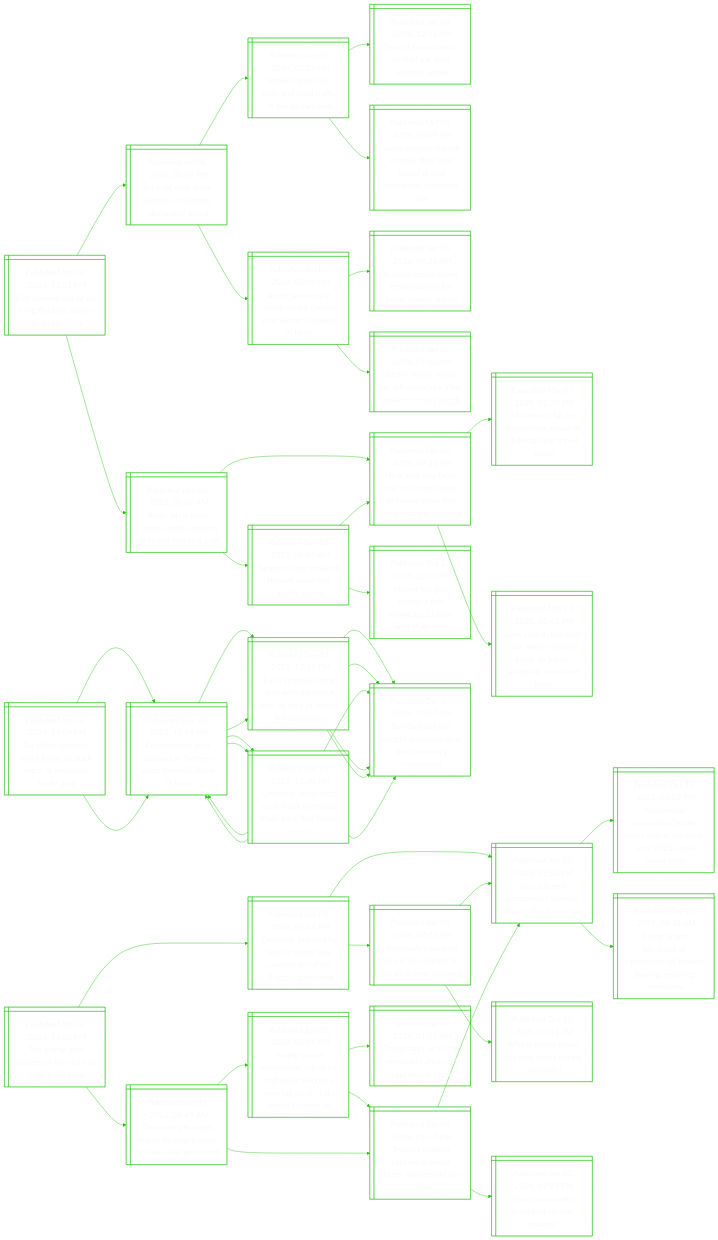
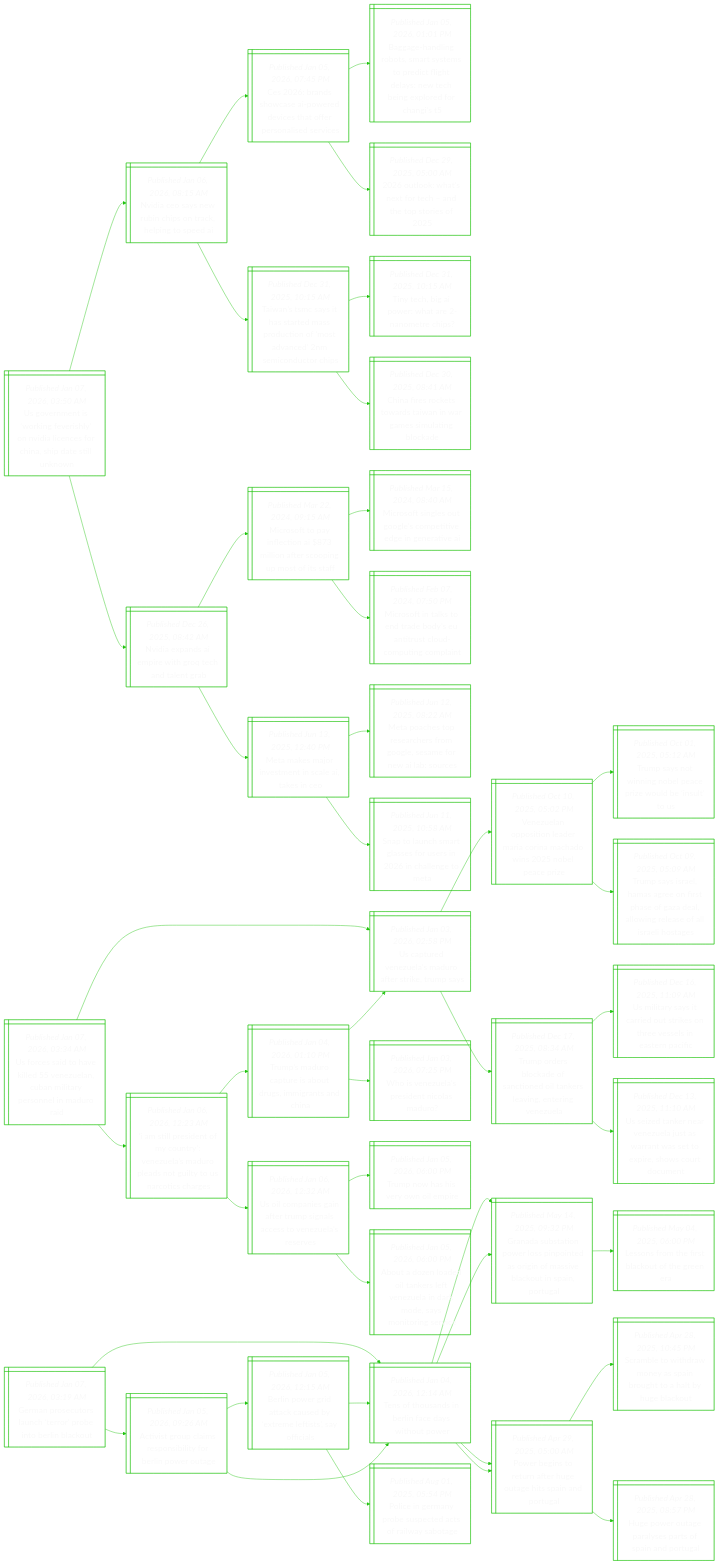
The diagram in README.md (notJmes/notJmes), drawn with Mermaid before and after one commit. The commit also changed other lines of this file, not shown here.

````diff
--- a/README.md
+++ b/README.md
@@ -16,142 +16,139 @@
 flowchart LR
 classDef txtsize font-size:20px;
 
-Knodnipssa@{ shape: win-pane, label: "_Published Jan 06, 2026, 11:21 PM_
-Klm running out of de-icing fluid for planes in amsterdam" }
-IlpshEeuge@{ shape: win-pane, label: "_Published Jan 06, 2026, 08:50 PM_
-Icy cold snap grips swathes of europe, disrupting travel" }
-Sretaafnel@{ shape: win-pane, label: "_Published Jan 05, 2026, 07:25 PM_
-Snow cripples air, train and road traffic in the netherlands" }
-Tfsilcsow@{ shape: win-pane, label: "_Published Jan 04, 2026, 12:14 AM_
-Tens of thousands in berlin face days without power" }
-Sgerhyrtfntsts@{ shape: win-pane, label: "_Published Oct 01, 2025, 03:09 PM_
-Swiss glaciers shrank sharply after light snowfall and heatwave, scientists say" }
-AsrrtcsiboBn@{ shape: win-pane, label: "_Published Jan 06, 2026, 03:56 PM_
-Anger simmers as arson attack causes mid-winter blackout in berlin" }
-Aioaesiriea@{ shape: win-pane, label: "_Published Jan 05, 2026, 09:26 AM_
-Activist group claims responsibility for berlin power outage" }
-Bnrsfrreett@{ shape: win-pane, label: "_Published Jan 06, 2026, 01:50 AM_
-Berlin mayor warns on infrastructure after power station attack" }
-ActsrrsUuec@{ shape: win-pane, label: "_Published Dec 06, 2025, 08:00 AM_
-Arctic blast grips central, north-eastern us in sub-freezing cold" }
-NrysoleavwutEn@{ shape: win-pane, label: "_Published Dec 02, 2025, 09:22 PM_
-New york city faces risk of airline delays as heavy snow hits upstate, new england" }
-Uphdpsdaitl@{ shape: win-pane, label: "_Published Nov 27, 2025, 01:30 PM_
-Us airports hit by disruptions ahead of thanksgiving travel boom" }
-Lotlrehuoogene@{ shape: win-pane, label: "_Published Nov 13, 2025, 02:45 PM_
-Look cool in the cold: your winter fashion guide to tokyo, shanghai, seoul and more" }
-Snswtsltio@{ shape: win-pane, label: "_Published Dec 05, 2025, 08:00 AM_
-Season’s first snowfall throws seoul into traffic chaos" }
-MFeafsasru@{ shape: win-pane, label: "_Published Oct 23, 2025, 12:00 PM_
-Mount fuji gets season’s first snowcap, 21 days later than usual" }
-NrysoleavwutEn@{ shape: win-pane, label: "_Published Dec 02, 2025, 09:22 PM_
-New york city faces risk of airline delays as heavy snow hits upstate, new england" }
+UenogryiieCsaik@{ shape: win-pane, label: "_Published Jan 07, 2026, 03:50 AM_
+Us government is ‘working feverishly’ on nvidia licences for china, ship date still unknown" }
+Naawnsalte@{ shape: win-pane, label: "_Published Jan 06, 2026, 08:15 AM_
+Nvidia ceo says new rubin chips on track, helping to speed ai" }
+Cahsodcaesiee@{ shape: win-pane, label: "_Published Jan 05, 2026, 07:45 PM_
+Ces 2026: brands showcase ai-powered devices that offer personalised services" }
+Bgdrstepcglehgoon@{ shape: win-pane, label: "_Published Jan 05, 2026, 01:01 PM_
+Baggage-handling robots, smart systems to predict flight delays: new tech being explored for changi’s t5" }
+Oottedorf@{ shape: win-pane, label: "_Published Dec 29, 2025, 05:00 AM_
+2026 outlook: what’s next for tech – and the top stories of 2025" }
+TnCisesunsaniuc@{ shape: win-pane, label: "_Published Dec 31, 2025, 10:15 AM_
+Taiwan’s tsmc says it has started mass production of ‘most advanced’ 2nm semiconductor chips" }
+Tegwaneh@{ shape: win-pane, label: "_Published Dec 31, 2025, 10:15 AM_
+Tiny tech, big ai power: what are 2-nanometre chips?" }
+Cfrtaaigsaba@{ shape: win-pane, label: "_Published Dec 30, 2025, 08:41 AM_
+China fires rockets towards taiwan in war games simulating blockade" }
+NaneeGednb@{ shape: win-pane, label: "_Published Dec 26, 2025, 08:42 AM_
+Nvidia expands ai empire with groq tech and talent grab" }
+MsontIitogstf@{ shape: win-pane, label: "_Published Mar 22, 2024, 09:15 AM_
+Microsoft to pay inflection ai $873 million after scooping up most of its staff" }
+Msisoseveni@{ shape: win-pane, label: "_Published Mar 15, 2024, 08:40 AM_
+Microsoft singles out google’s competitive edge in generative ai" }
+Msnsdestsupgl@{ shape: win-pane, label: "_Published Feb 07, 2024, 07:50 PM_
+Microsoft in talks to end trade body’s eu antitrust cloud-computing complaint" }
+MaanmnekC@{ shape: win-pane, label: "_Published Jun 13, 2025, 12:40 PM_
+Meta makes major investment in scale ai, takes in ceo" }
+MosecfoSeear@{ shape: win-pane, label: "_Published Jun 12, 2025, 08:22 AM_
+Meta poaches top researchers from google, sesame for new ai lab: sources" }
+Socrsornlta@{ shape: win-pane, label: "_Published Jun 11, 2025, 10:58 AM_
+Snap to launch smart glasses for users in 2026 in challenge to meta" }
 
-Knodnipssa:::txtsize --> IlpshEeuge:::txtsize
-IlpshEeuge:::txtsize --> Sretaafnel:::txtsize
-Sretaafnel:::txtsize --> Tfsilcsow:::txtsize
-Sretaafnel:::txtsize --> Sgerhyrtfntsts:::txtsize
-IlpshEeuge:::txtsize --> AsrrtcsiboBn:::txtsize
-AsrrtcsiboBn:::txtsize --> Aioaesiriea:::txtsize
-AsrrtcsiboBn:::txtsize --> Bnrsfrreett:::txtsize
-Knodnipssa:::txtsize --> ActsrrsUuec:::txtsize
-ActsrrsUuec:::txtsize --> NrysoleavwutEn:::txtsize
-NrysoleavwutEn:::txtsize --> Uphdpsdaitl:::txtsize
-NrysoleavwutEn:::txtsize --> Lotlrehuoogene:::txtsize
-ActsrrsUuec:::txtsize --> Snswtsltio:::txtsize
-Snswtsltio:::txtsize --> MFeafsasru:::txtsize
-Snswtsltio:::txtsize --> NrysoleavwutEn:::txtsize
+UenogryiieCsaik:::txtsize --> Naawnsalte:::txtsize
+Naawnsalte:::txtsize --> Cahsodcaesiee:::txtsize
+Cahsodcaesiee:::txtsize --> Bgdrstepcglehgoon:::txtsize
+Cahsodcaesiee:::txtsize --> Oottedorf:::txtsize
+Naawnsalte:::txtsize --> TnCisesunsaniuc:::txtsize
+TnCisesunsaniuc:::txtsize --> Tegwaneh:::txtsize
+TnCisesunsaniuc:::txtsize --> Cfrtaaigsaba:::txtsize
+UenogryiieCsaik:::txtsize --> NaneeGednb:::txtsize
+NaneeGednb:::txtsize --> MsontIitogstf:::txtsize
+MsontIitogstf:::txtsize --> Msisoseveni:::txtsize
+MsontIitogstf:::txtsize --> Msnsdestsupgl:::txtsize
+NaneeGednb:::txtsize --> MaanmnekC:::txtsize
+MaanmnekC:::txtsize --> MosecfoSeear:::txtsize
+MaanmnekC:::txtsize --> Socrsornlta:::txtsize
 
-Eereftleeudl@{ shape: win-pane, label: "_Published Jan 06, 2026, 11:06 PM_
-Eu offers farmers extra funds to quell anger at mercosur trade deal" }
-EcdedrsBeoo@{ shape: win-pane, label: "_Published Dec 18, 2025, 10:56 PM_
-Eu-mercosur deal delayed as farmers stage brussels show of force" }
-Ereeweuccrlpi@{ shape: win-pane, label: "_Published Sep 03, 2025, 12:19 PM_
-Eu to propose trade deal with mercosur bloc, in face of france-led opposition" }
-EcoueulMnen@{ shape: win-pane, label: "_Published Dec 06, 2024, 10:07 PM_
-Eu reaches long-sought mercosur deal over macron’s objections" }
-EcoueulMnen@{ shape: win-pane, label: "_Published Dec 06, 2024, 10:07 PM_
-Eu reaches long-sought mercosur deal over macron’s objections" }
-Gniebeudtrrt@{ shape: win-pane, label: "_Published Dec 18, 2025, 11:20 PM_
-Germany, spain urge eu to back mercosur trade pact, but france resists" }
-EcdedrsBeoo@{ shape: win-pane, label: "_Published Dec 18, 2025, 10:56 PM_
-Eu-mercosur deal delayed as farmers stage brussels show of force" }
-EcoueulMnen@{ shape: win-pane, label: "_Published Dec 06, 2024, 10:07 PM_
-Eu reaches long-sought mercosur deal over macron’s objections" }
-EcdedrsBeoo@{ shape: win-pane, label: "_Published Dec 18, 2025, 10:56 PM_
-Eu-mercosur deal delayed as farmers stage brussels show of force" }
-Ereeweuccrlpi@{ shape: win-pane, label: "_Published Sep 03, 2025, 12:19 PM_
-Eu to propose trade deal with mercosur bloc, in face of france-led opposition" }
-EcoueulMnen@{ shape: win-pane, label: "_Published Dec 06, 2024, 10:07 PM_
-Eu reaches long-sought mercosur deal over macron’s objections" }
-EcoueulMnen@{ shape: win-pane, label: "_Published Dec 06, 2024, 10:07 PM_
-Eu reaches long-sought mercosur deal over macron’s objections" }
-Gniebeudtrrt@{ shape: win-pane, label: "_Published Dec 18, 2025, 11:20 PM_
-Germany, spain urge eu to back mercosur trade pact, but france resists" }
-EcdedrsBeoo@{ shape: win-pane, label: "_Published Dec 18, 2025, 10:56 PM_
-Eu-mercosur deal delayed as farmers stage brussels show of force" }
-EcoueulMnen@{ shape: win-pane, label: "_Published Dec 06, 2024, 10:07 PM_
-Eu reaches long-sought mercosur deal over macron’s objections" }
-
-Eereftleeudl:::txtsize --> EcdedrsBeoo:::txtsize
-EcdedrsBeoo:::txtsize --> Ereeweuccrlpi:::txtsize
-Ereeweuccrlpi:::txtsize --> EcoueulMnen:::txtsize
-Ereeweuccrlpi:::txtsize --> EcoueulMnen:::txtsize
-EcdedrsBeoo:::txtsize --> Gniebeudtrrt:::txtsize
-Gniebeudtrrt:::txtsize --> EcdedrsBeoo:::txtsize
-Gniebeudtrrt:::txtsize --> EcoueulMnen:::txtsize
-Eereftleeudl:::txtsize --> EcdedrsBeoo:::txtsize
-EcdedrsBeoo:::txtsize --> Ereeweuccrlpi:::txtsize
-Ereeweuccrlpi:::txtsize --> EcoueulMnen:::txtsize
-Ereeweuccrlpi:::txtsize --> EcoueulMnen:::txtsize
-EcdedrsBeoo:::txtsize --> Gniebeudtrrt:::txtsize
-Gniebeudtrrt:::txtsize --> EcdedrsBeoo:::txtsize
-Gniebeudtrrt:::txtsize --> EcoueulMnen:::txtsize
-
-TudeSioGl@{ shape: win-pane, label: "_Published Jan 06, 2026, 11:05 PM_
-Top trump aide asserts us has right to take greenland" }
-DridfrispUgra@{ shape: win-pane, label: "_Published Jan 04, 2026, 09:44 PM_
-Denmark irritated by wife of trump aide posting pic of us-flagged greenland" }
+Ucialeeuirslda@{ shape: win-pane, label: "_Published Jan 07, 2026, 03:34 AM_
+Us forces said to have killed 55 venezuelan, cuban military personnel in maduro raid" }
 UtVuMorkms@{ shape: win-pane, label: "_Published Jan 03, 2026, 02:58 PM_
 Us captured venezuela’s maduro after strike, trump says" }
 Vuoilranhibai@{ shape: win-pane, label: "_Published Oct 10, 2025, 05:02 PM_
 Venezuelan opposition leader maria corina machado wins 2025 nobel peace prize" }
+TsonoeroelS@{ shape: win-pane, label: "_Published Oct 01, 2025, 05:12 AM_
+Trump says not winning nobel peace prize would be ‘insult’ to us" }
+TssHaossaaorslaoe@{ shape: win-pane, label: "_Published Oct 09, 2025, 05:09 AM_
+Trump says israel, hamas agree on first phase of gaza deal, allowing release of all israeli hostages" }
 Toskftdasitgz@{ shape: win-pane, label: "_Published Dec 17, 2025, 08:34 AM_
 Trump orders blockade of sanctioned oil tankers leaving, entering venezuela" }
-VuMoiuyytdn@{ shape: win-pane, label: "_Published Jan 04, 2026, 07:03 PM_
-Venezuela’s maduro sits in us custody as loyalists vow defiance" }
-UtVuMorkms@{ shape: win-pane, label: "_Published Jan 03, 2026, 02:58 PM_
-Us captured venezuela’s maduro after strike, trump says" }
-WNPlarrao@{ shape: win-pane, label: "_Published Oct 10, 2025, 06:18 PM_
-Who is nobel peace laureate maria corina machado?" }
-Drrrottaeed@{ shape: win-pane, label: "_Published Jan 05, 2026, 04:45 AM_
-Denmark pm urges trump to stop threats to take over greenland" }
-TwVuVcrzpegeenpe@{ shape: win-pane, label: "_Published Jan 05, 2026, 02:15 AM_
-Trump warns venezuelan v-p delcy rodriguez will pay a ‘very big price’ if she doesn’t cooperate" }
-Tsrtstsgsh@{ shape: win-pane, label: "_Published Jan 04, 2026, 01:10 PM_
-Trump’s maduro capture is about drugs, immigrants and china" }
-TsSnzaraeu@{ shape: win-pane, label: "_Published Jan 04, 2026, 01:05 AM_
-Trump says us to run venezuela after raid captures maduro" }
+Uistitktvlanf@{ shape: win-pane, label: "_Published Dec 16, 2025, 11:09 AM_
+Us military says it carried out strikes on three vessels in eastern pacific" }
+Uznenltrwtphoon@{ shape: win-pane, label: "_Published Dec 13, 2025, 11:10 AM_
+Us seized tanker near venezuela just as warrant was set to expire, shows court document" }
+Iienytnldlniorcr@{ shape: win-pane, label: "_Published Jan 06, 2026, 12:23 AM_
+‘i am still president of my country’: venezuela’s maduro pleads not guilty to us narcotics charges" }
 Tsrtstsgsh@{ shape: win-pane, label: "_Published Jan 04, 2026, 01:10 PM_
 Trump’s maduro capture is about drugs, immigrants and china" }
 UtVuMorkms@{ shape: win-pane, label: "_Published Jan 03, 2026, 02:58 PM_
 Us captured venezuela’s maduro after strike, trump says" }
 WVuPdisr@{ shape: win-pane, label: "_Published Jan 03, 2026, 07:25 PM_
 Who is venezuela’s president nicolas maduro?" }
+Ucnatugasnlss@{ shape: win-pane, label: "_Published Jan 06, 2026, 12:32 AM_
+Us oil companies gain after trump signals access to venezuela’s reserves" }
+Tnsenm@{ shape: win-pane, label: "_Published Jan 05, 2026, 06:00 PM_
+Trump now has his very own oil empire" }
+Aanetrtziksoree@{ shape: win-pane, label: "_Published Jan 05, 2026, 06:00 PM_
+About a dozen loaded oil tankers left venezuela in dark mode, says monitoring service" }
 
-TudeSioGl:::txtsize --> DridfrispUgra:::txtsize
-DridfrispUgra:::txtsize --> UtVuMorkms:::txtsize
+Ucialeeuirslda:::txtsize --> UtVuMorkms:::txtsize
 UtVuMorkms:::txtsize --> Vuoilranhibai:::txtsize
+Vuoilranhibai:::txtsize --> TsonoeroelS:::txtsize
+Vuoilranhibai:::txtsize --> TssHaossaaorslaoe:::txtsize
 UtVuMorkms:::txtsize --> Toskftdasitgz:::txtsize
-DridfrispUgra:::txtsize --> VuMoiuyytdn:::txtsize
-VuMoiuyytdn:::txtsize --> UtVuMorkms:::txtsize
-VuMoiuyytdn:::txtsize --> WNPlarrao:::txtsize
-TudeSioGl:::txtsize --> Drrrottaeed:::txtsize
-Drrrottaeed:::txtsize --> TwVuVcrzpegeenpe:::txtsize
-TwVuVcrzpegeenpe:::txtsize --> Tsrtstsgsh:::txtsize
-TwVuVcrzpegeenpe:::txtsize --> TsSnzaraeu:::txtsize
-Drrrottaeed:::txtsize --> Tsrtstsgsh:::txtsize
+Toskftdasitgz:::txtsize --> Uistitktvlanf:::txtsize
+Toskftdasitgz:::txtsize --> Uznenltrwtphoon:::txtsize
+Ucialeeuirslda:::txtsize --> Iienytnldlniorcr:::txtsize
+Iienytnldlniorcr:::txtsize --> Tsrtstsgsh:::txtsize
 Tsrtstsgsh:::txtsize --> UtVuMorkms:::txtsize
 Tsrtstsgsh:::txtsize --> WVuPdisr:::txtsize
+Iienytnldlniorcr:::txtsize --> Ucnatugasnlss:::txtsize
+Ucnatugasnlss:::txtsize --> Tnsenm:::txtsize
+Ucnatugasnlss:::txtsize --> Aanetrtziksoree:::txtsize
+
+Gnernrrnrlu@{ shape: win-pane, label: "_Published Jan 07, 2026, 03:19 AM_
+German prosecutors launch ‘terror’ probe into berlin blackout" }
+Tfsilcsow@{ shape: win-pane, label: "_Published Jan 04, 2026, 12:14 AM_
+Tens of thousands in berlin face days without power" }
+Gdsoesodifiatarl@{ shape: win-pane, label: "_Published May 14, 2025, 09:32 PM_
+Granada substation power loss pinpointed as origin of massive blackout in spain, portugal" }
+Lnmiluhe@{ shape: win-pane, label: "_Published May 04, 2025, 06:00 PM_
+Lessons from the first blackout of the green era" }
+Pbstfutiadu@{ shape: win-pane, label: "_Published Apr 29, 2025, 05:00 AM_
+Power begins to return after huge outage hits spain and portugal" }
+SbwrnSbhhybo@{ shape: win-pane, label: "_Published Apr 28, 2025, 10:45 PM_
+Scramble to withdraw money as spain brought to a halt by huge blackout" }
+Houpyafnoa@{ shape: win-pane, label: "_Published Apr 28, 2025, 08:57 PM_
+Huge power outage paralyses parts of spain and portugal" }
+Aioaesiriea@{ shape: win-pane, label: "_Published Jan 05, 2026, 09:26 AM_
+Activist group claims responsibility for berlin power outage" }
+Bnrakexeiais@{ shape: win-pane, label: "_Published Jan 05, 2026, 12:15 AM_
+Berlin power grid attack caused by ‘extreme leftists’, say officials" }
+Tfsilcsow@{ shape: win-pane, label: "_Published Jan 04, 2026, 12:14 AM_
+Tens of thousands in berlin face days without power" }
+Perpsccrao@{ shape: win-pane, label: "_Published Aug 01, 2025, 05:54 PM_
+Police in germany probe suspected acts of railway sabotage" }
+Tfsilcsow@{ shape: win-pane, label: "_Published Jan 04, 2026, 12:14 AM_
+Tens of thousands in berlin face days without power" }
+Gdsoesodifiatarl@{ shape: win-pane, label: "_Published May 14, 2025, 09:32 PM_
+Granada substation power loss pinpointed as origin of massive blackout in spain, portugal" }
+Pbstfutiadu@{ shape: win-pane, label: "_Published Apr 29, 2025, 05:00 AM_
+Power begins to return after huge outage hits spain and portugal" }
+
+Gnernrrnrlu:::txtsize --> Tfsilcsow:::txtsize
+Tfsilcsow:::txtsize --> Gdsoesodifiatarl:::txtsize
+Gdsoesodifiatarl:::txtsize --> Lnmiluhe:::txtsize
+Tfsilcsow:::txtsize --> Pbstfutiadu:::txtsize
+Pbstfutiadu:::txtsize --> SbwrnSbhhybo:::txtsize
+Pbstfutiadu:::txtsize --> Houpyafnoa:::txtsize
+Gnernrrnrlu:::txtsize --> Aioaesiriea:::txtsize
+Aioaesiriea:::txtsize --> Bnrakexeiais:::txtsize
+Bnrakexeiais:::txtsize --> Tfsilcsow:::txtsize
+Bnrakexeiais:::txtsize --> Perpsccrao:::txtsize
+Aioaesiriea:::txtsize --> Tfsilcsow:::txtsize
+Tfsilcsow:::txtsize --> Gdsoesodifiatarl:::txtsize
+Tfsilcsow:::txtsize --> Pbstfutiadu:::txtsize
 
 ```
````
